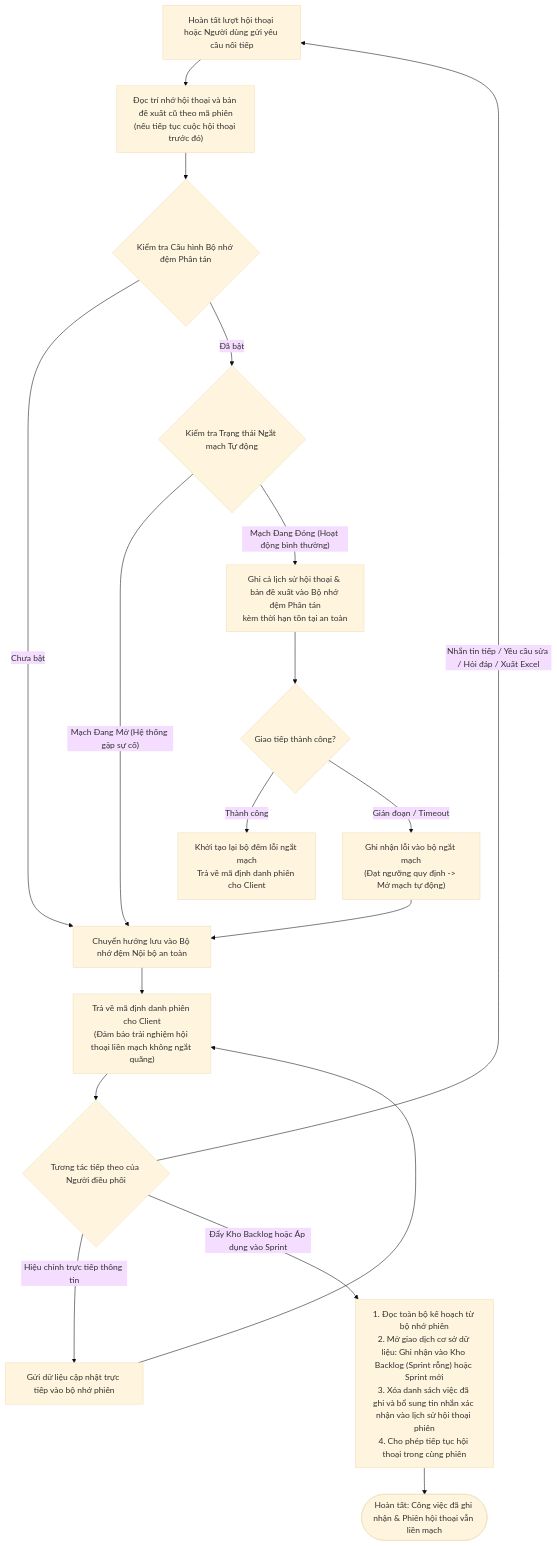
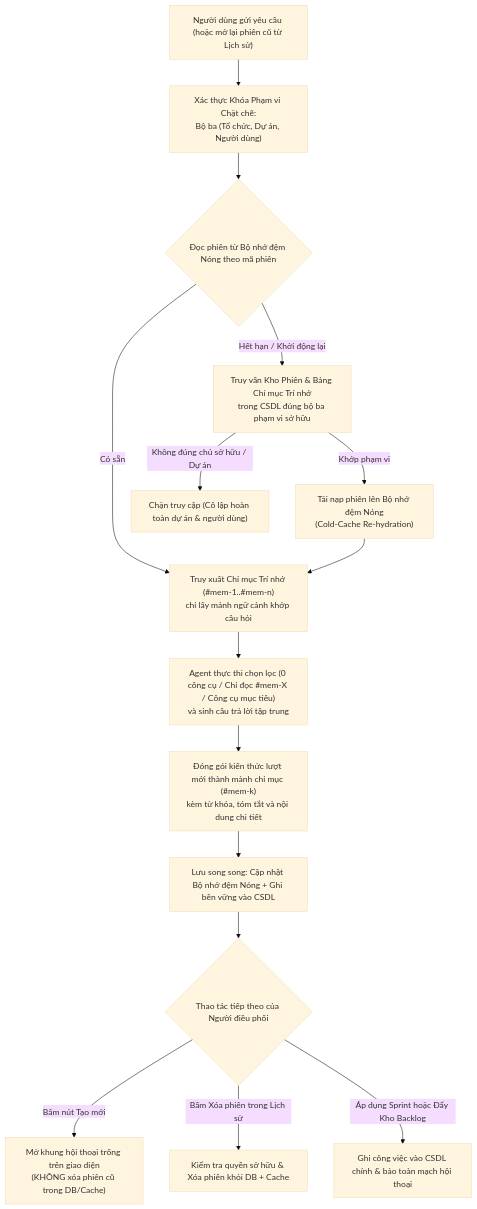
Before and after one commit to TranHoang2k40525/ProjectMgmt: the second of 2 diagrams in docs/ai/03-co-che-tri-nho-redis-memory.md, drawn with Mermaid (base theme). The commit also changed other lines of this file and 31 other files, not shown here.

Commit message:
feat(tro-ly-ai): hoàn thiện khối suy nghĩ mặc định đóng, định tuyến công cụ chọn lọc, lưu phiên hội thoại bền vững theo tổ chức-dự án-người dùng, chỉ mục trí nhớ và đồng bộ tài liệu

````diff
--- a/docs/ai/03-co-che-tri-nho-redis-memory.md
+++ b/docs/ai/03-co-che-tri-nho-redis-memory.md
@@ -53,29 +51,20 @@
 ```mermaid
 flowchart TD
-    StartInput["Hoàn tất lượt hội thoại hoặc Người dùng gửi yêu cầu nối tiếp"] --> LoadPrior["Đọc trí nhớ hội thoại và bản đề xuất cũ theo mã phiên\n(nếu tiếp tục cuộc hội thoại trước đó)"]
-    LoadPrior --> CheckConfig{"Kiểm tra Cấu hình Bộ nhớ đệm Phân tán"}
+    StartInput["Người dùng gửi yêu cầu (hoặc mở lại phiên cũ từ Lịch sử)"] --> ScopeLock["Xác thực Khóa Phạm vi Chặt chẽ:\nBộ ba (Tổ chức, Dự án, Người dùng)"]
+    ScopeLock --> CheckHot{"Đọc phiên từ Bộ nhớ đệm Nóng theo mã phiên"}
 
-    CheckConfig -- "Chưa bật" --> MemoryFallback["Chuyển hướng lưu vào Bộ nhớ đệm Nội bộ an toàn"]
-    CheckConfig -- "Đã bật" --> CheckCircuit{"Kiểm tra Trạng thái Ngắt mạch Tự động"}
+    CheckHot -- "Có sẵn" --> RecallIndex["Truy xuất Chỉ mục Trí nhớ (#mem-1..#mem-n)\nchỉ lấy mảnh ngữ cảnh khớp câu hỏi"]
+    CheckHot -- "Hết hạn / Khởi động lại" --> QueryDB["Truy vấn Kho Phiên & Bảng Chỉ mục Trí nhớ\ntrong CSDL đúng bộ ba phạm vi sở hữu"]
+    QueryDB -- "Không đúng chủ sở hữu / Dự án" --> DenyScope["Chặn truy cập (Cô lập hoàn toàn dự án & người dùng)"]
+    QueryDB -- "Khớp phạm vi" --> Rehydrate["Tái nạp phiên lên Bộ nhớ đệm Nóng\n(Cold-Cache Re-hydration)"]
+    Rehydrate --> RecallIndex
 
-    CheckCircuit -- "Mạch Đang Mở (Hệ thống gặp sự cố)" --> MemoryFallback
-    CheckCircuit -- "Mạch Đang Đóng (Hoạt động bình thường)" --> TryDistributed["Ghi cả lịch sử hội thoại & bản đề xuất vào Bộ nhớ đệm Phân tán\nkèm thời hạn tồn tại an toàn"]
+    RecallIndex --> AgentRun["Agent thực thi chọn lọc (0 công cụ / Chỉ đọc #mem-X / Công cụ mục tiêu)\nvà sinh câu trả lời tập trung"]
+    AgentRun --> IndexNew["Đóng gói kiến thức lượt mới thành mảnh chỉ mục (#mem-k)\nkèm từ khóa, tóm tắt và nội dung chi tiết"]
+    IndexNew --> DualSave["Lưu song song: Cập nhật Bộ nhớ đệm Nóng + Ghi bền vững vào CSDL"]
+    DualSave --> UserNext{"Thao tác tiếp theo của Người điều phối"}
 
-    TryDistributed --> CheckResult{"Giao tiếp thành công?"}
-    CheckResult -- "Thành công" --> ResetFailures["Khởi tạo lại bộ đếm lỗi ngắt mạch\nTrả về mã định danh phiên cho Client"]
-    CheckResult -- "Gián đoạn / Timeout" --> RecordFailure["Ghi nhận lỗi vào bộ ngắt mạch\n(Đạt ngưỡng quy định -> Mở mạch tự động)"]
-    RecordFailure --> MemoryFallback
-
-    MemoryFallback --> ReturnClient["Trả về mã định danh phiên cho Client\n(Đảm bảo trải nghiệm hội thoại liền mạch không ngắt quãng)"]
-
-    ReturnClient --> UserAction{"Tương tác tiếp theo của Người điều phối"}
-
-    UserAction -- "Hiệu chỉnh trực tiếp thông tin" --> PatchMemory["Gửi dữ liệu cập nhật trực tiếp vào bộ nhớ phiên"]
-    PatchMemory --> ReturnClient
-
-    UserAction -- "Nhắn tin tiếp / Yêu cầu sửa / Hỏi đáp / Xuất Excel" --> StartInput
-
-    UserAction -- "Đẩy Kho Backlog hoặc Áp dụng vào Sprint" --> CommitPhase["1. Đọc toàn bộ kế hoạch từ bộ nhớ phiên\n2. Mở giao dịch cơ sở dữ liệu: Ghi nhận vào Kho Backlog (Sprint rỗng) hoặc Sprint mới\n3. Xóa danh sách việc đã ghi và bổ sung tin nhắn xác nhận vào lịch sử hội thoại phiên\n4. Cho phép tiếp tục hội thoại trong cùng phiên"]
-
-    CommitPhase --> Done(["Hoàn tất: Công việc đã ghi nhận & Phiên hội thoại vẫn liền mạch"])
+    UserNext -- "Bấm nút Tạo mới" --> BlankUI["Mở khung hội thoại trống trên giao diện\n(KHÔNG xóa phiên cũ trong DB/Cache)"]
+    UserNext -- "Bấm Xóa phiên trong Lịch sử" --> DeleteDB["Kiểm tra quyền sở hữu & Xóa phiên khỏi DB + Cache"]
+    UserNext -- "Áp dụng Sprint hoặc Đẩy Kho Backlog" --> CommitWork["Ghi công việc vào CSDL chính & bảo toàn mạch hội thoại"]
 ```
````
